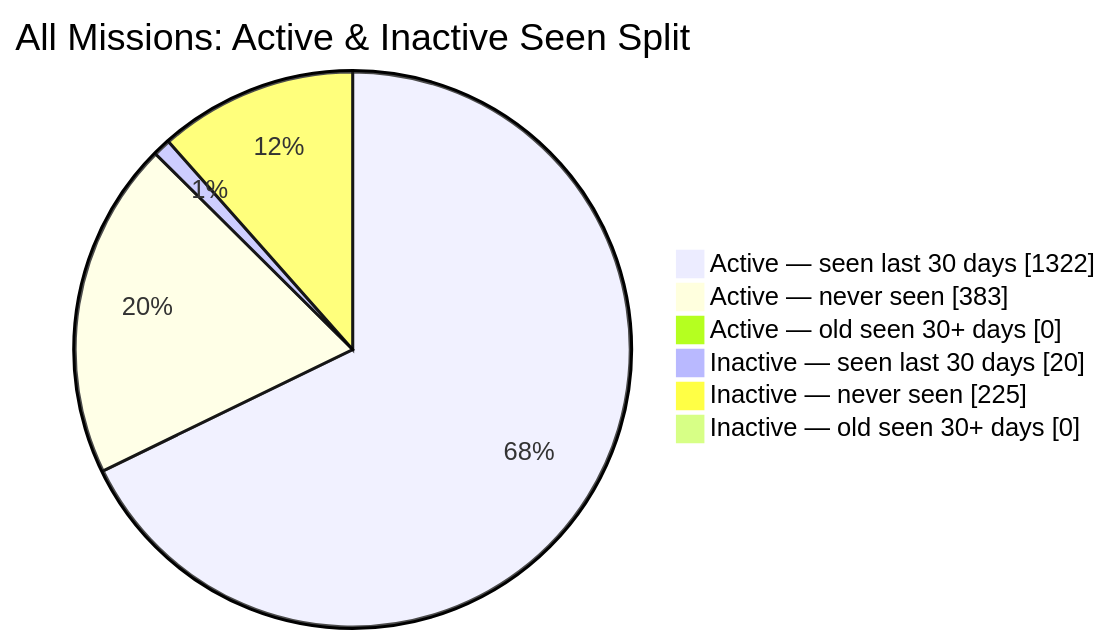
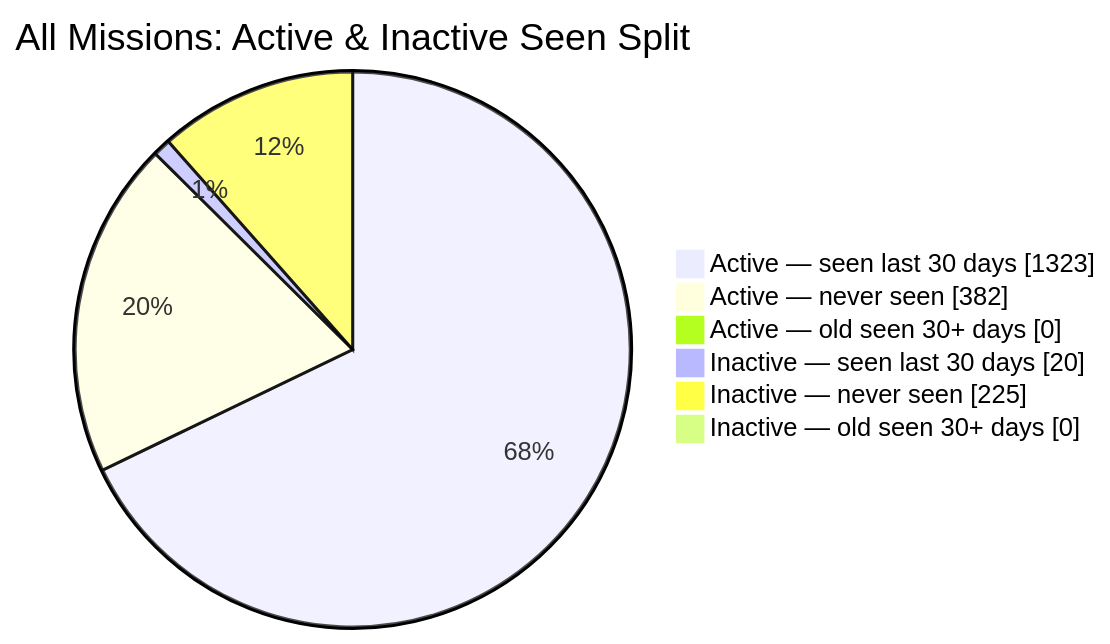
Before and after one commit to MeldkamerspelGameTeam/active-missions: the second of 2 diagrams in README.md, drawn with Mermaid. The commit also changed other lines of this file and 2 other files, not shown here.

````diff
--- a/README.md
+++ b/README.md
@@ -44,10 +44,10 @@
 ```mermaid
 pie showData
     title All Missions: Active & Inactive Seen Split
-    "Active — seen last 30 days" : 1322
-    "Active — never seen" : 383
+    "Active — seen last 30 days" : 1323
+    "Active — never seen" : 382
     "Active — old seen 30+ days" : 0
     "Inactive — seen last 30 days" : 20
     "Inactive — never seen" : 225
     "Inactive — old seen 30+ days" : 0
 ```
````
